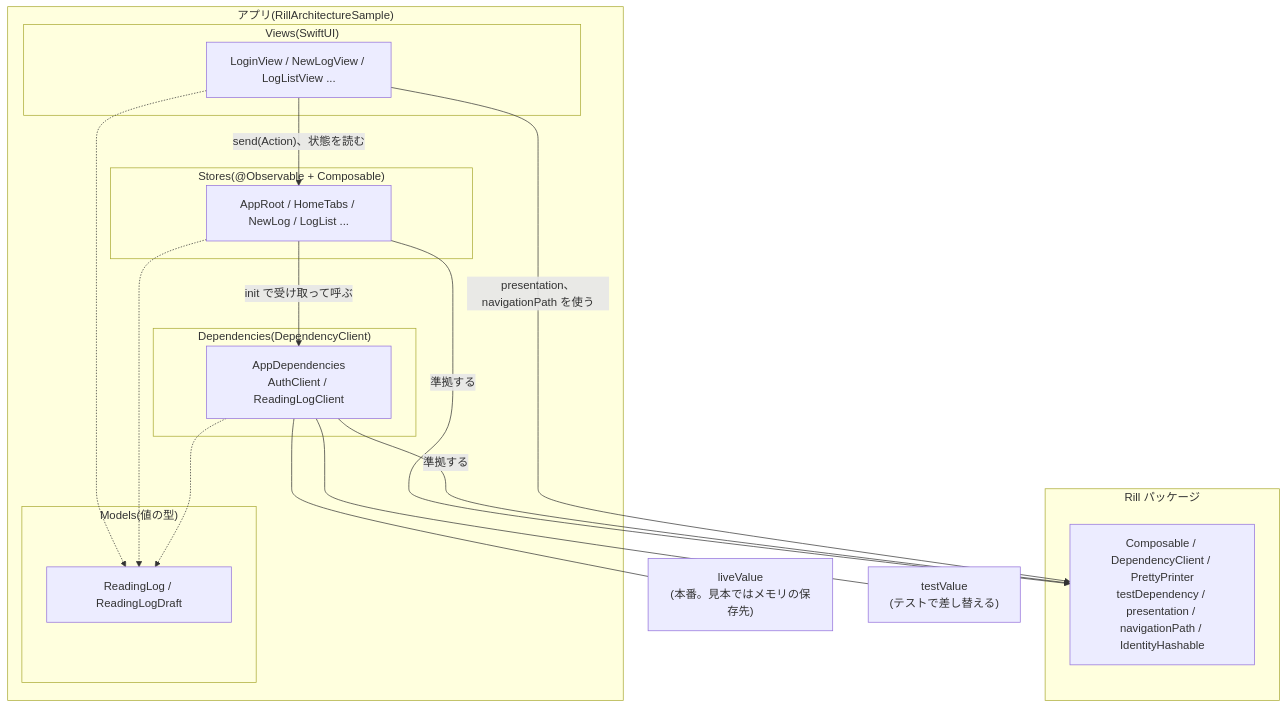
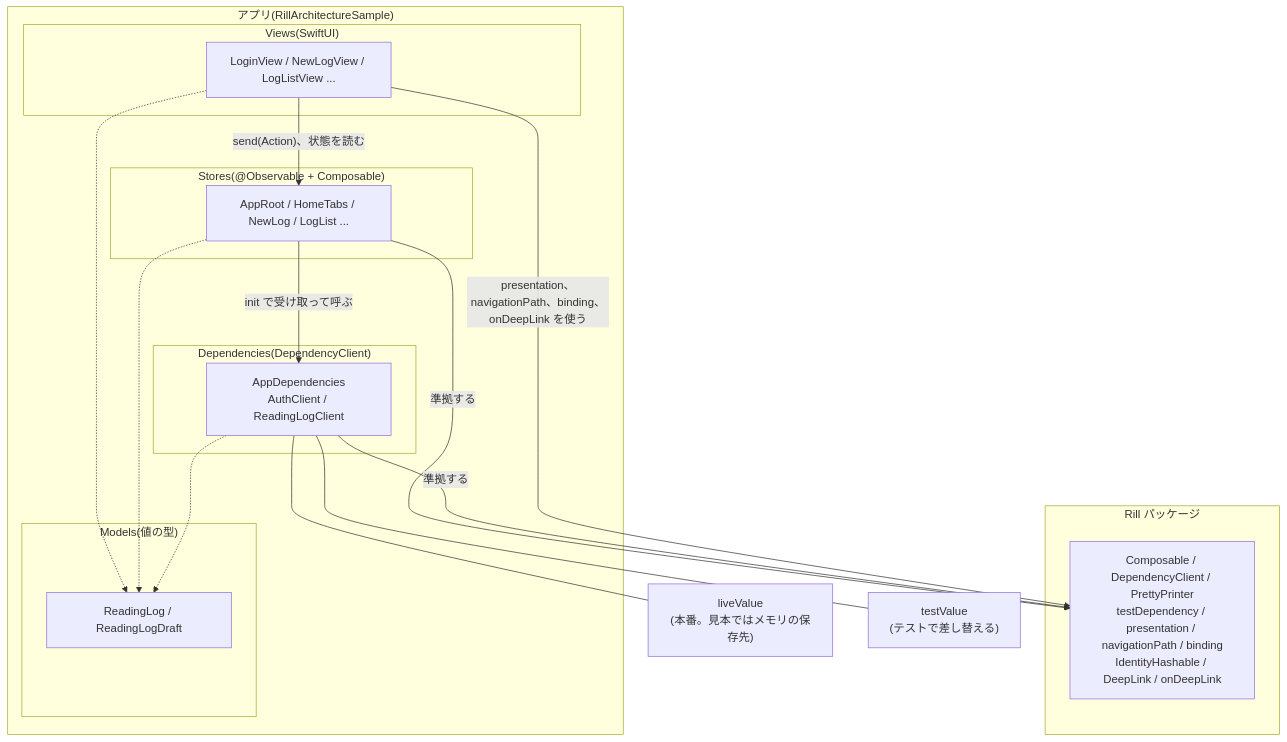
Before and after one commit to kz56cd/RillArchitectureSample: the first of 7 diagrams in docs/architecture.md, drawn with Mermaid. The commit also changed other lines of this file and 26 other files, not shown here.

````diff
--- a/docs/architecture.md
+++ b/docs/architecture.md
@@ -11,31 +11,31 @@
 ```mermaid
 flowchart TB
     subgraph App["アプリ(RillArchitectureSample)"]
         subgraph Views["Views(SwiftUI)"]
             V["LoginView / NewLogView / LogListView ..."]
         end
         subgraph Stores["Stores(@Observable + Composable)"]
             S["AppRoot / HomeTabs / NewLog / LogList ..."]
         end
         subgraph Dependencies["Dependencies(DependencyClient)"]
             D["AppDependencies<br/>AuthClient / ReadingLogClient"]
         end
         subgraph Models["Models(値の型)"]
             M["ReadingLog / ReadingLogDraft"]
         end
     end
     subgraph Package["Rill パッケージ"]
-        P["Composable / DependencyClient / PrettyPrinter<br/>testDependency / presentation / navigationPath / IdentityHashable"]
+        P["Composable / DependencyClient / PrettyPrinter<br/>testDependency / presentation / navigationPath / binding<br/>IdentityHashable / DeepLink / onDeepLink"]
     end
     Live["liveValue<br/>(本番。見本ではメモリの保存先)"]
     Test["testValue<br/>(テストで差し替える)"]
 
     V -- "send(Action)、状態を読む" --> S
     S -- "init で受け取って呼ぶ" --> D
     D --- Live
     D --- Test
     V & S & D -.-> M
     S -- "準拠する" --> P
     D -- "準拠する" --> P
-    V -- "presentation、navigationPath を使う" --> P
+    V -- "presentation、navigationPath、binding、onDeepLink を使う" --> P
 ```
````
